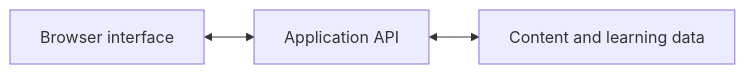
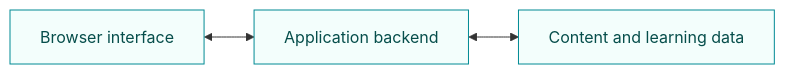
One commit to vincentunruh/lingualgain-showcase changed the diagram in README.md. Above: the diagram before and after it, drawn with Mermaid. The commit also changed other lines of this file and 3 other files, not shown here.

````diff
--- a/README.md
+++ b/README.md
@@ -47,5 +46,8 @@
 ```mermaid
 flowchart LR
-    A[Browser interface] <--> B[Application API]
-    B <--> C[Content and learning data]
+    UI[Browser interface] <--> API[Application backend]
+    API <--> DATA[Content and learning data]
+    style UI fill:#f3fefc,stroke:#008a94,color:#064e4b
+    style API fill:#f3fefc,stroke:#008a94,color:#064e4b
+    style DATA fill:#f3fefc,stroke:#008a94,color:#064e4b
 ```
````
